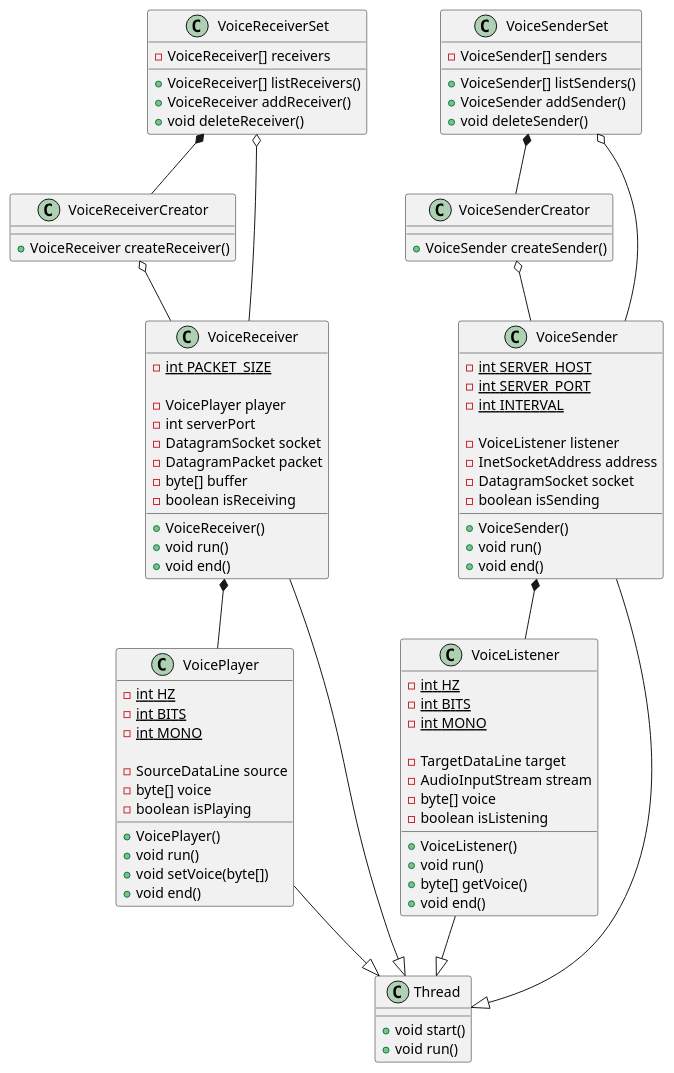
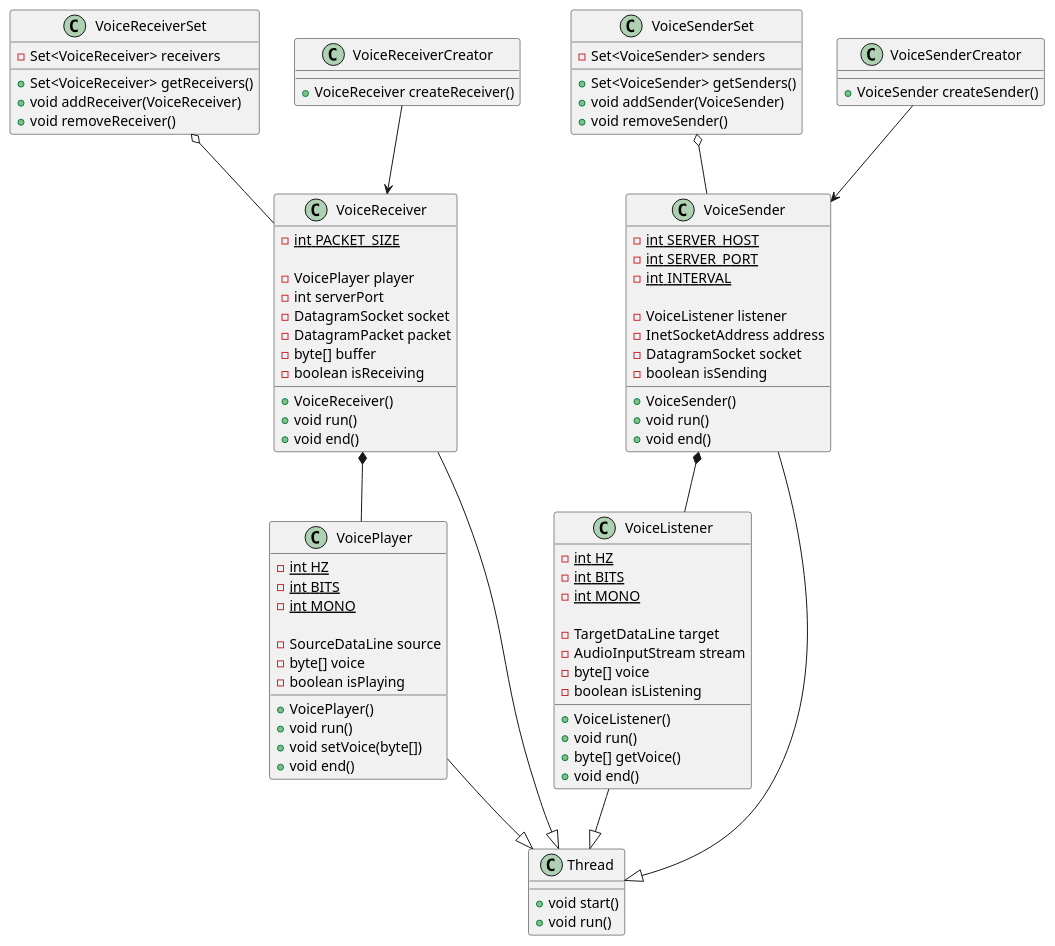
The diagram in diagram/classDiagram.puml (TOMOFUMI-KONDO/voice-transfer), drawn with PlantUML before and after one commit. The commit also changed 1 other file, not shown here.

Commit message:
Updated class diagram

```diff
--- a/diagram/classDiagram.puml
+++ b/diagram/classDiagram.puml
@@ -1,108 +1,106 @@
 @startuml
 
 class VoiceReceiverSet {
-    - VoiceReceiver[] receivers
+    - Set<VoiceReceiver> receivers
 
-    + VoiceReceiver[] listReceivers()
-    + VoiceReceiver addReceiver()
-    + void deleteReceiver()
+    + Set<VoiceReceiver> getReceivers()
+    + void addReceiver(VoiceReceiver)
+    + void removeReceiver()
 }
 
 class VoiceReceiverCreator {
     + VoiceReceiver createReceiver()
 }
 
 class VoiceReceiver {
     - {static} int PACKET_SIZE
 
     - VoicePlayer player
     - int serverPort
     - DatagramSocket socket
     - DatagramPacket packet
     - byte[] buffer
     - boolean isReceiving
 
     + VoiceReceiver()
     + void run()
     + void end()
 }
 
 class VoicePlayer{
     - {static} int HZ
     - {static} int BITS
     - {static} int MONO
 
     - SourceDataLine source
     - byte[] voice
     - boolean isPlaying
 
     + VoicePlayer()
     + void run()
     + void setVoice(byte[])
     + void end()
 }
 
 class VoiceSenderSet {
-    - VoiceSender[] senders
+    - Set<VoiceSender> senders
 
-    + VoiceSender[] listSenders()
-    + VoiceSender addSender()
-    + void deleteSender()
+    + Set<VoiceSender> getSenders()
+    + void addSender(VoiceSender)
+    + void removeSender()
 }
 
 class VoiceSenderCreator {
     + VoiceSender createSender()
 }
 
 class VoiceSender {
     - {static} int SERVER_HOST
     - {static} int SERVER_PORT
     - {static} int INTERVAL
 
     - VoiceListener listener
     - InetSocketAddress address
     - DatagramSocket socket
     - boolean isSending
 
     + VoiceSender()
     + void run()
     + void end()
 }
 
 class VoiceListener {
     - {static} int HZ
     - {static} int BITS
     - {static} int MONO
 
     - TargetDataLine target
     - AudioInputStream stream
     - byte[] voice
     - boolean isListening
 
     + VoiceListener()
     + void run()
     + byte[] getVoice()
     + void end()
 }
 
 class Thread {
      + void start()
      + void run()
 }
 
 
-VoiceReceiverSet *-- VoiceReceiverCreator
 VoiceReceiverSet o-- VoiceReceiver
-VoiceReceiverCreator o-- VoiceReceiver
+VoiceReceiverCreator --> VoiceReceiver
 VoiceReceiver --|> Thread
 VoiceReceiver *-- VoicePlayer
 VoicePlayer --|> Thread
 
-VoiceSenderSet *-- VoiceSenderCreator
 VoiceSenderSet o-- VoiceSender
-VoiceSenderCreator o-- VoiceSender
+VoiceSenderCreator --> VoiceSender
 VoiceSender --|> Thread
 VoiceSender *-- VoiceListener
 VoiceListener --|> Thread
 
 @enduml
```
